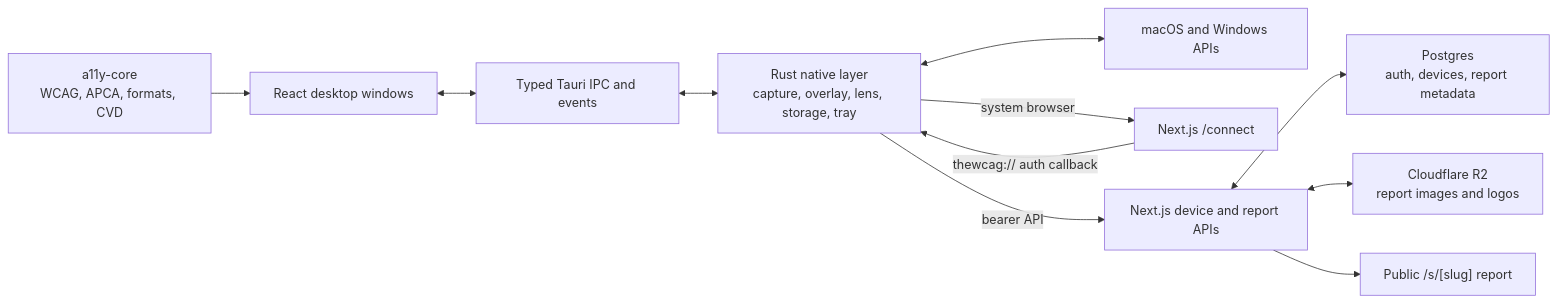
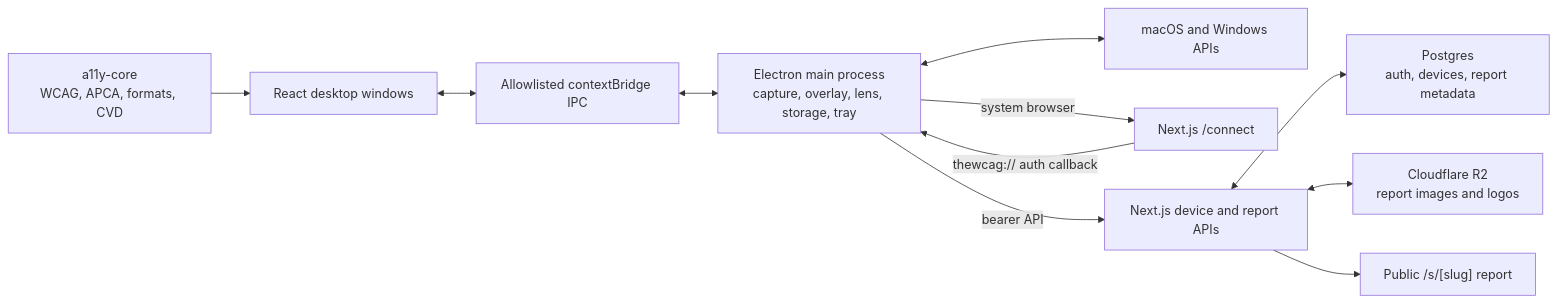
Before and after one commit to Sairo-app/app.thewcag.com: the diagram in README.md, drawn with Mermaid. The commit also changed other lines of this file and 205 other files, not shown here.

Commit message:
feat: ship Electron 3.0 desktop release

````diff
--- a/README.md
+++ b/README.md
@@ -54,14 +54,14 @@
 ```mermaid
 flowchart LR
     Core["a11y-core<br/>WCAG, APCA, formats, CVD"] --> DesktopUI["React desktop windows"]
-    DesktopUI <--> IPC["Typed Tauri IPC and events"]
-    IPC <--> Native["Rust native layer<br/>capture, overlay, lens, storage, tray"]
+    DesktopUI <--> IPC["Allowlisted contextBridge IPC"]
+    IPC <--> Native["Electron main process<br/>capture, overlay, lens, storage, tray"]
     Native <--> OS["macOS and Windows APIs"]
 
     Native -->|"system browser"| Connect["Next.js /connect"]
     Connect -->|"thewcag:// auth callback"| Native
     Native -->|"bearer API"| Web["Next.js device and report APIs"]
     Web <--> Postgres["Postgres<br/>auth, devices, report metadata"]
     Web <--> R2["Cloudflare R2<br/>report images and logos"]
     Web --> Public["Public /s/[slug] report"]
 ```
````
